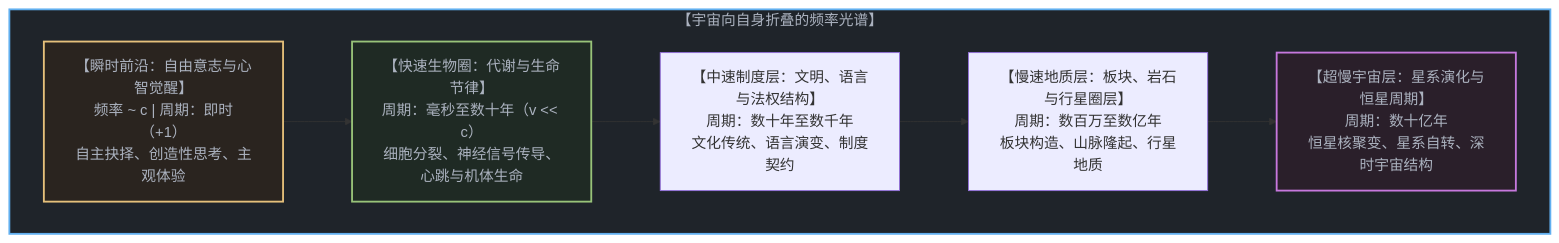
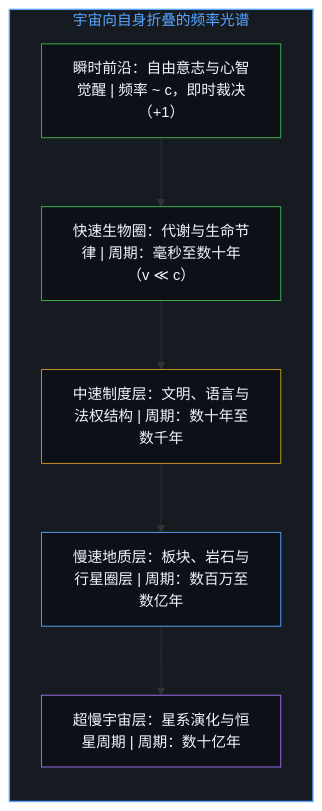
Before and after one commit to powerpig99/not-a-toe: the ninth of 10 diagrams in content/posts/the-velocity-of-visibility.md, drawn with Mermaid. The commit also changed other lines of this file and 23 other files, not shown here.

````diff
--- a/content/posts/the-velocity-of-visibility.md
+++ b/content/posts/the-velocity-of-visibility.md
@@ -345,20 +301,19 @@
 ```mermaid
-graph TB
-    subgraph FrequencySpectrum["【宇宙向自身折叠的频率光谱】"]
-        MindBand["【瞬时前沿：自由意志与心智觉醒】<br>频率 ~ c | 周期：即时（+1）<br>自主抉择、创造性思考、主观体验"]
-        BioBand["【快速生物圈：代谢与生命节律】<br>周期：毫秒至数十年（v << c）<br>细胞分裂、神经信号传导、心跳与机体生命"]
-        InstBand["【中速制度层：文明、语言与法权结构】<br>周期：数十年至数千年<br>文化传统、语言演变、制度契约"]
-        GeoBand["【慢速地质层：板块、岩石与行星圈层】<br>周期：数百万至数亿年<br>板块构造、山脉隆起、行星地质"]
-        CosmicBand["【超慢宇宙层：星系演化与恒星周期】<br>周期：数十亿年<br>恒星核聚变、星系自转、深时宇宙结构"]
-
-        MindBand --> BioBand
-        BioBand --> InstBand
-        InstBand --> GeoBand
-        GeoBand --> CosmicBand
+flowchart TD
+    subgraph S_Spectrum["宇宙向自身折叠的频率光谱"]
+        direction TB
+        MindBand["瞬时前沿：自由意志与心智觉醒 | 频率 ~ c，即时裁决（+1）"]
+        BioBand["快速生物圈：代谢与生命节律 | 周期：毫秒至数十年（v ≪ c）"]
+        InstBand["中速制度层：文明、语言与法权结构 | 周期：数十年至数千年"]
+        GeoBand["慢速地质层：板块、岩石与行星圈层 | 周期：数百万至数亿年"]
+        CosmicBand["超慢宇宙层：星系演化与恒星周期 | 周期：数十亿年"]
+        MindBand --> BioBand --> InstBand --> GeoBand --> CosmicBand
     end
 
-    style FrequencySpectrum fill:#1f242a,stroke:#61afef,stroke-width:2px,color:#abb2bf
-    style MindBand fill:#2a241f,stroke:#e5c07b,stroke-width:2px,color:#abb2bf
-    style BioBand fill:#1f2a24,stroke:#98c379,stroke-width:2px,color:#abb2bf
-    style CosmicBand fill:#2a1f2a,stroke:#c678dd,stroke-width:2px,color:#abb2bf
+    style S_Spectrum fill:#161b22,stroke:#58a6ff,stroke-width:1.5px,color:#58a6ff
+    style MindBand fill:#0d1117,stroke:#3fb950,stroke-width:1px,color:#f0f6fc
+    style BioBand fill:#0d1117,stroke:#3fb950,stroke-width:1px,color:#f0f6fc
+    style InstBand fill:#0d1117,stroke:#d29922,stroke-width:1px,color:#f0f6fc
+    style GeoBand fill:#0d1117,stroke:#58a6ff,stroke-width:1px,color:#f0f6fc
+    style CosmicBand fill:#0d1117,stroke:#a371f7,stroke-width:1px,color:#f0f6fc
 ```
````
